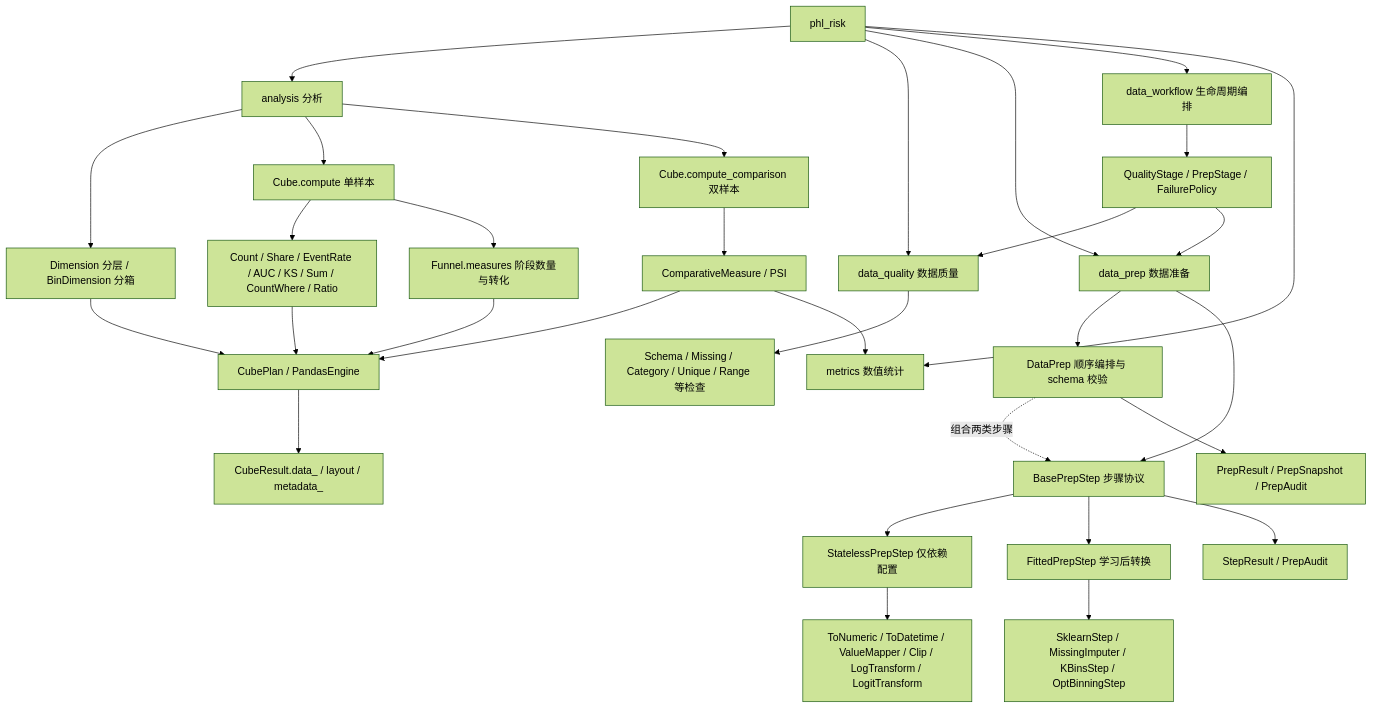
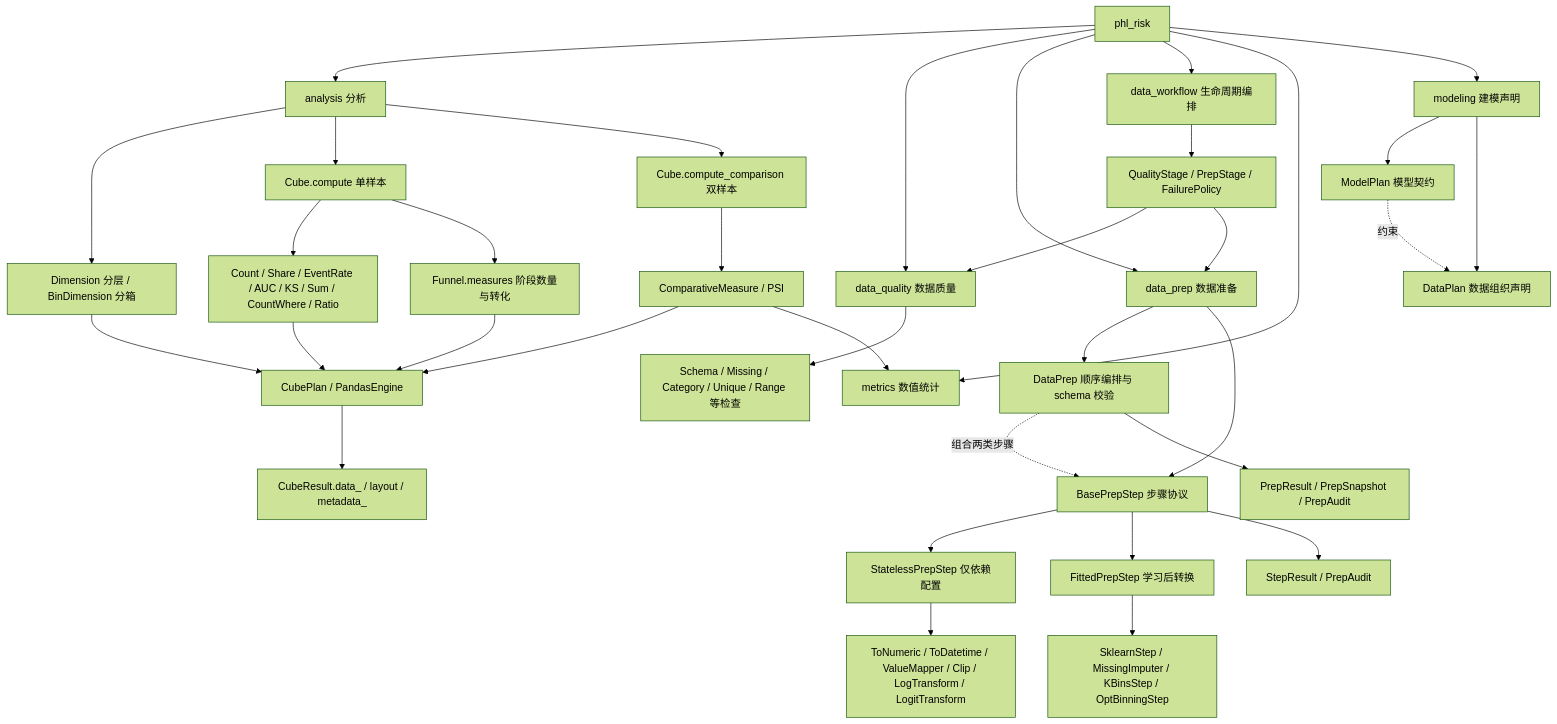
One commit to TaoXue-99/phi_risk changed the first of 2 diagrams in README.md. Above: the diagram before and after it, drawn with Mermaid (forest theme). The commit also changed other lines of this file and 42 other files, not shown here.

````diff
--- a/README.md
+++ b/README.md
@@ -8,33 +8,37 @@
 ```mermaid
 flowchart TD
     P[phl_risk] --> A[analysis 分析]
     P --> Q[data_quality 数据质量]
     P --> T[data_prep 数据准备]
     P --> W[data_workflow 生命周期编排]
     P --> M[metrics 数值统计]
+    P --> MP[modeling 建模声明]
+    MP --> MPL[ModelPlan 模型契约]
+    MP --> DPL[DataPlan 数据组织声明]
+    MPL -. 约束 .-> DPL
     A --> D[Dimension 分层 / BinDimension 分箱]
     A --> S[Cube.compute 单样本]
     A --> C[Cube.compute_comparison 双样本]
     S --> SM[Count / Share / EventRate / AUC / KS / Sum / CountWhere / Ratio]
     S --> F[Funnel.measures 阶段数量与转化]
     C --> CM[ComparativeMeasure / PSI]
     Q --> QC[Schema / Missing / Category / Unique / Range 等检查]
     T --> DP[DataPrep 顺序编排与 schema 校验]
     T --> PB[BasePrepStep 步骤协议]
     PB --> SP[StatelessPrepStep 仅依赖配置]
     PB --> FP[FittedPrepStep 学习后转换]
     SP --> SS[ToNumeric / ToDatetime / ValueMapper / Clip / LogTransform / LogitTransform]
     FP --> FS[SklearnStep / MissingImputer / KBinsStep / OptBinningStep]
     DP -. 组合两类步骤 .-> PB
     DP --> PR[PrepResult / PrepSnapshot / PrepAudit]
     PB --> SR[StepResult / PrepAudit]
     W --> QS[QualityStage / PrepStage / FailurePolicy]
     QS --> Q
     QS --> T
     D --> E[CubePlan / PandasEngine]
     SM --> E
     F --> E
     CM --> E
     E --> R[CubeResult.data_ / layout / metadata_]
     CM --> M
 ```
````
